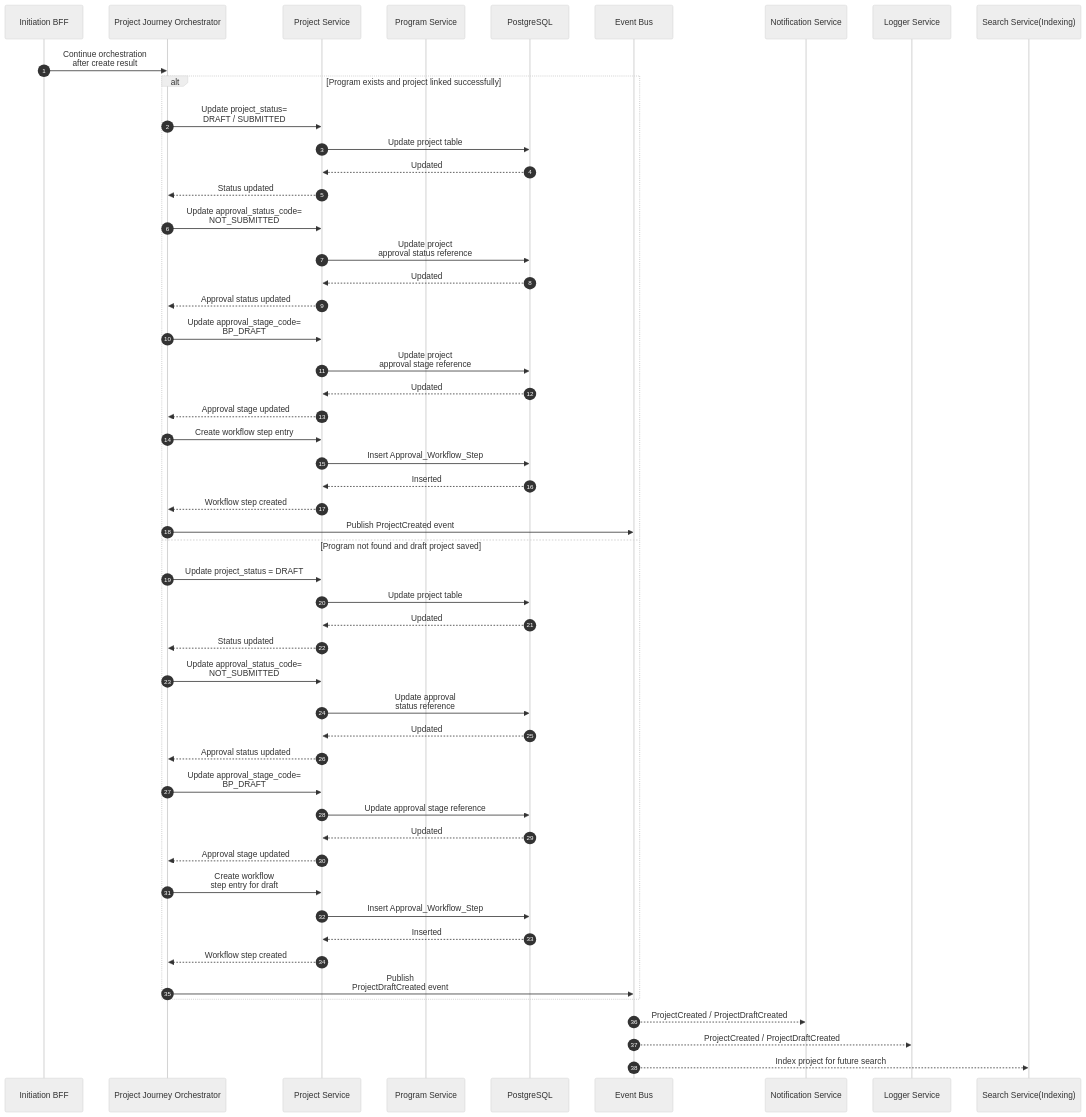
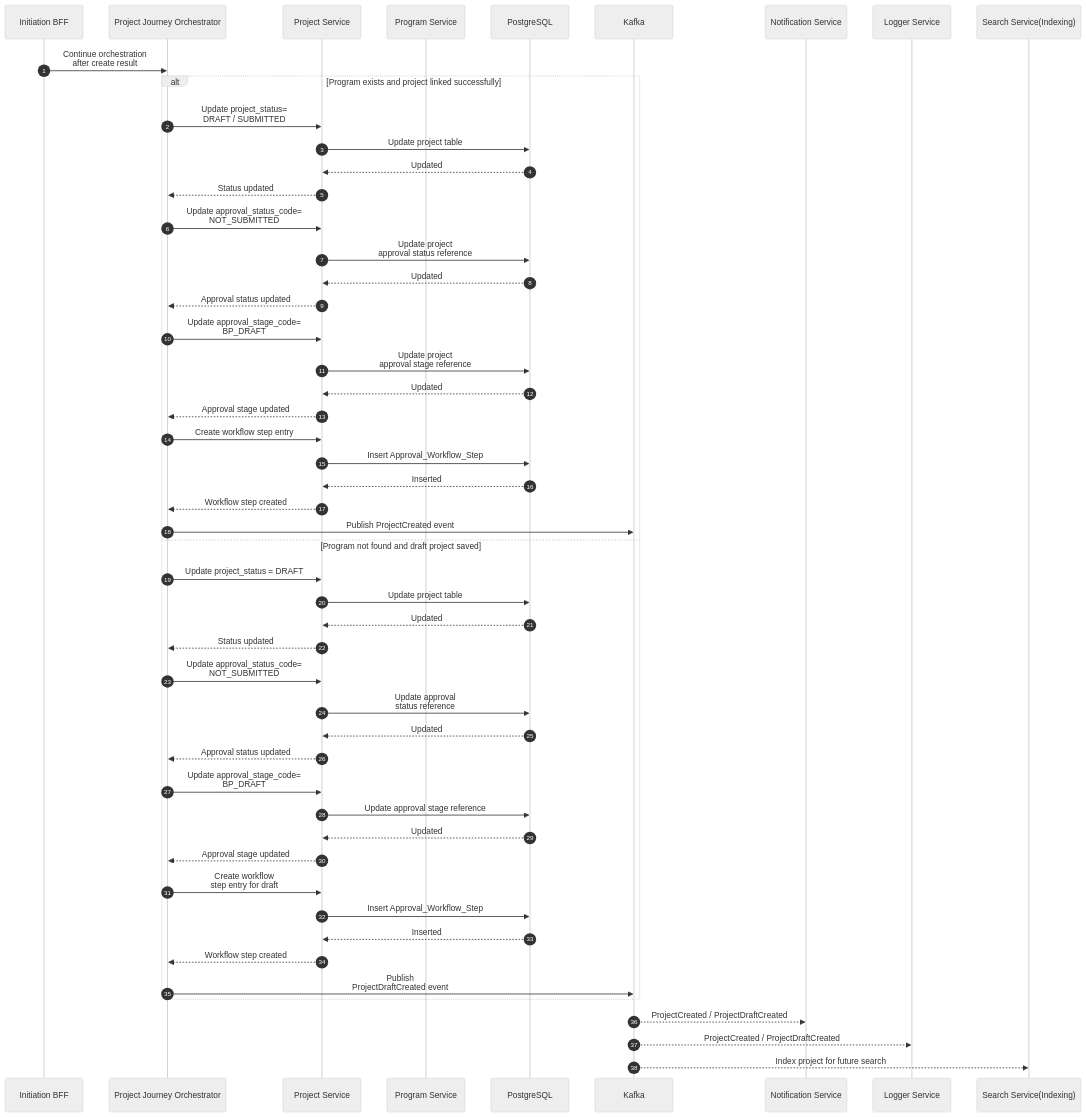
One commit to sougata2000/epms changed the diagram in 02 Solution Architecture/diagrams/Project Initiation/Project Creation against Demand 2.mmd. Above: the diagram before and after it, drawn with Mermaid (neutral theme). The commit also changed 41 other files, not shown here.

```diff
--- a/02 Solution Architecture/diagrams/Project Initiation/Project Creation against Demand 2.mmd
+++ b/02 Solution Architecture/diagrams/Project Initiation/Project Creation against Demand 2.mmd
@@ -1,64 +1,64 @@
 %%Part 2 — Update status, approval stage, workflow step, and publish side effects
 sequenceDiagram
 autonumber
 participant BFF as Initiation BFF
 participant PJO as Project Journey Orchestrator
 participant PS as Project Service
 participant PRS as Program Service
 participant DB as PostgreSQL
-participant BUS as Event Bus
+participant BUS as Kafka
 participant NOTIF as Notification Service
 participant LOG as Logger Service
 participant SEARCH as Search Service(Indexing)
 
 BFF->>PJO: Continue orchestration <br/>after create result
 
 alt Program exists and project linked successfully
     PJO->>PS: Update project_status= <br/>DRAFT / SUBMITTED
     PS->>DB: Update project table
     DB-->>PS: Updated
     PS-->>PJO: Status updated
 
     PJO->>PS: Update approval_status_code= <br/>NOT_SUBMITTED
     PS->>DB: Update project <br/>approval status reference
     DB-->>PS: Updated
     PS-->>PJO: Approval status updated
 
     PJO->>PS: Update approval_stage_code=<br/>BP_DRAFT
     PS->>DB: Update project <br/>approval stage reference
     DB-->>PS: Updated
     PS-->>PJO: Approval stage updated
 
     PJO->>PS: Create workflow step entry
     PS->>DB: Insert Approval_Workflow_Step
     DB-->>PS: Inserted
     PS-->>PJO: Workflow step created
 
     PJO->>BUS: Publish ProjectCreated event
 else Program not found and draft project saved
     PJO->>PS: Update project_status = DRAFT
     PS->>DB: Update project table
     DB-->>PS: Updated
     PS-->>PJO: Status updated
 
     PJO->>PS: Update approval_status_code= <br/>NOT_SUBMITTED
     PS->>DB: Update approval <br/>status reference
     DB-->>PS: Updated
     PS-->>PJO: Approval status updated
 
     PJO->>PS: Update approval_stage_code= <br/>BP_DRAFT
     PS->>DB: Update approval stage reference
     DB-->>PS: Updated
     PS-->>PJO: Approval stage updated
 
     PJO->>PS: Create workflow<br/>step entry for draft
     PS->>DB: Insert Approval_Workflow_Step
     DB-->>PS: Inserted
     PS-->>PJO: Workflow step created
 
     PJO->>BUS: Publish <br/>ProjectDraftCreated event
 end
 
 BUS-->>NOTIF: ProjectCreated / ProjectDraftCreated
 BUS-->>LOG: ProjectCreated / ProjectDraftCreated
 BUS-->>SEARCH: Index project for future search
```
